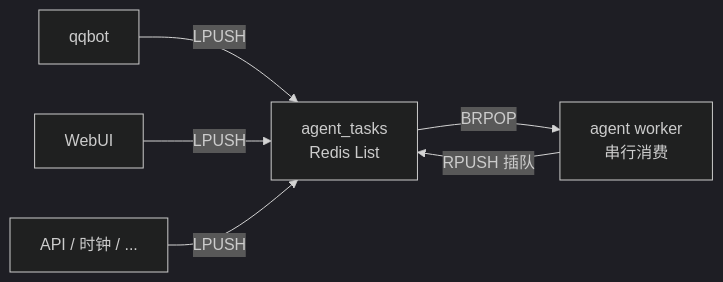
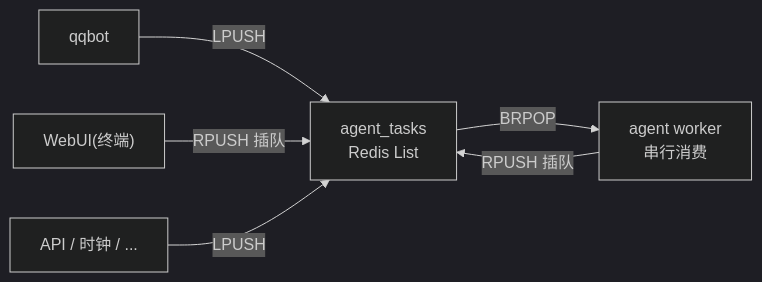
One commit to g-Ironfox/AAgent changed the diagram in docs/07-事件双重身份与信息回调.md. Above: the diagram before and after it, drawn with Mermaid (dark theme). The commit also changed other lines of this file and 18 other files, not shown here.

````diff
--- a/docs/07-事件双重身份与信息回调.md
+++ b/docs/07-事件双重身份与信息回调.md
@@ -18,8 +18,8 @@
 ```mermaid
 flowchart LR
     QQ["qqbot"] -->|"LPUSH"| Q["agent_tasks<br/>Redis List"]
-    WEB["WebUI"] -->|"LPUSH"| Q
+    WEB["WebUI(终端)"] -->|"RPUSH 插队"| Q
     FUTURE["API / 时钟 / ..."] -->|"LPUSH"| Q
     Q -->|"BRPOP"| W["agent worker<br/>串行消费"]
     W -->|"RPUSH 插队"| Q
 ```
````
